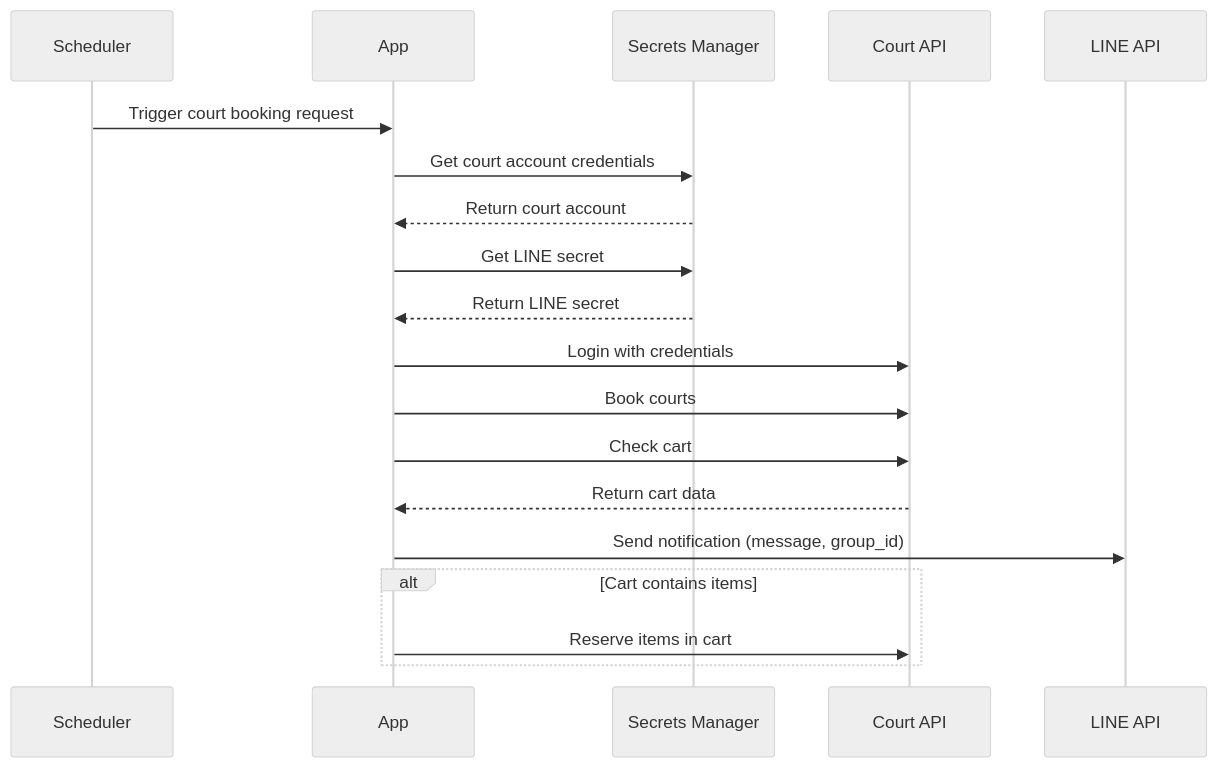
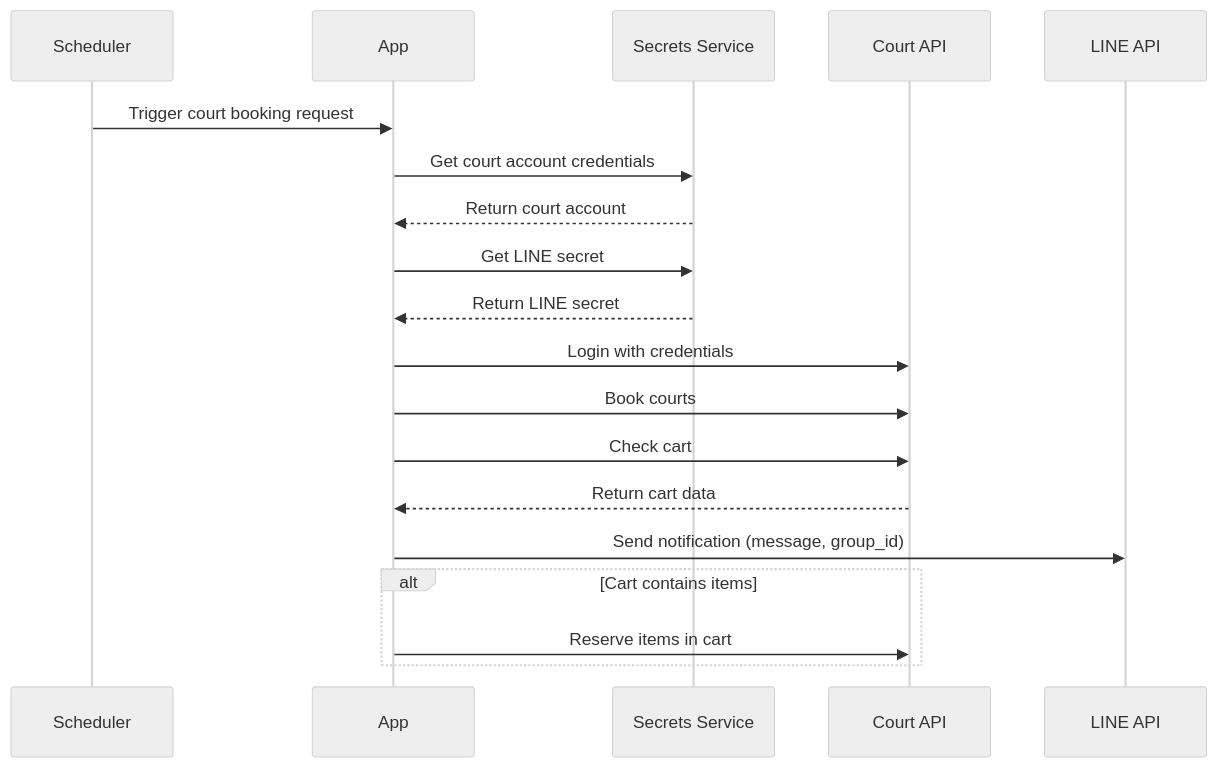
One commit to k801030/badminton-bot changed the diagram in README.md. Above: the diagram before and after it, drawn with Mermaid (neutral theme). The commit also changed other lines of this file, not shown here.

Commit message:
refine the terms in resadme

````diff
--- a/README.md
+++ b/README.md
@@ -20,28 +20,28 @@
 ```mermaid
 sequenceDiagram
     participant Scheduler
     participant App
-    participant Secrets as Secrets Manager
+    participant Secrets as Secrets Service
     participant Court as Court API
     participant LINE as LINE API
 
     Scheduler->>App: Trigger court booking request
 
     App->>Secrets: Get court account credentials
     Secrets-->>App: Return court account
 
     App->>Secrets: Get LINE secret
     Secrets-->>App: Return LINE secret
 
     App->>Court: Login with credentials
     App->>Court: Book courts
     App->>Court: Check cart
     Court-->>App: Return cart data
 
     App->>LINE: Send notification (message, group_id)
 
     alt Cart contains items
         App->>Court: Reserve items in cart
     end
 
 ```
````
